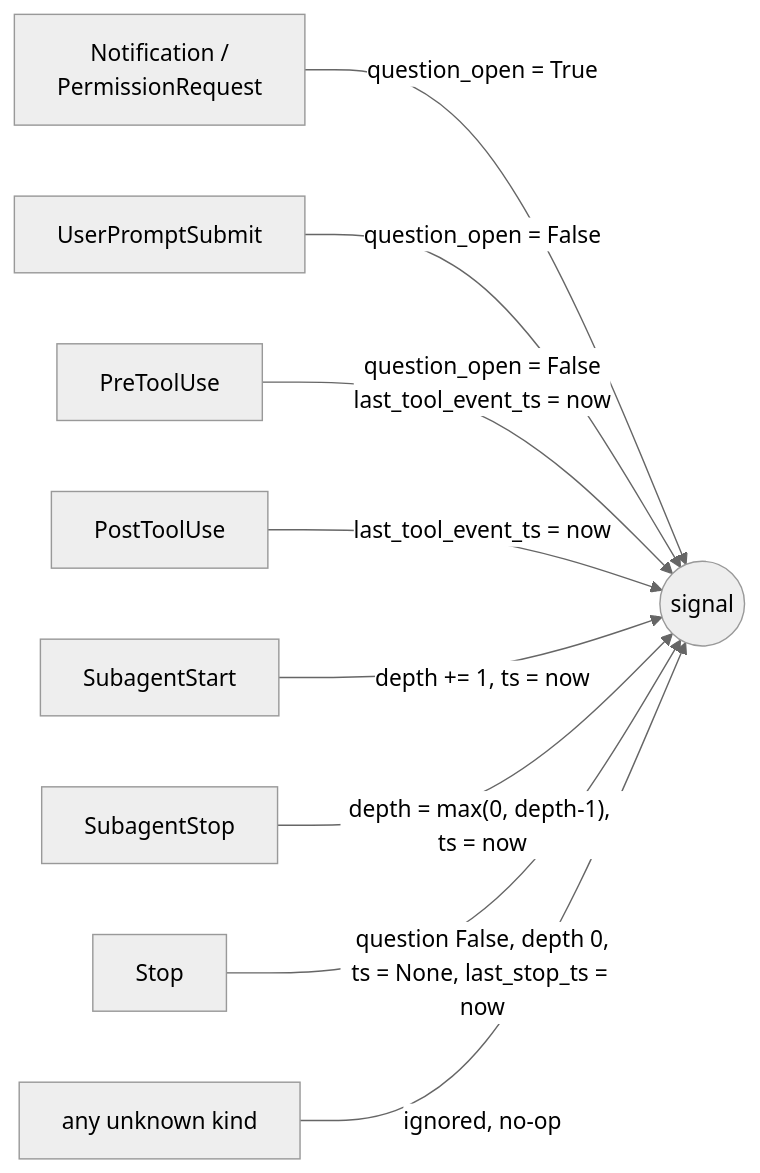
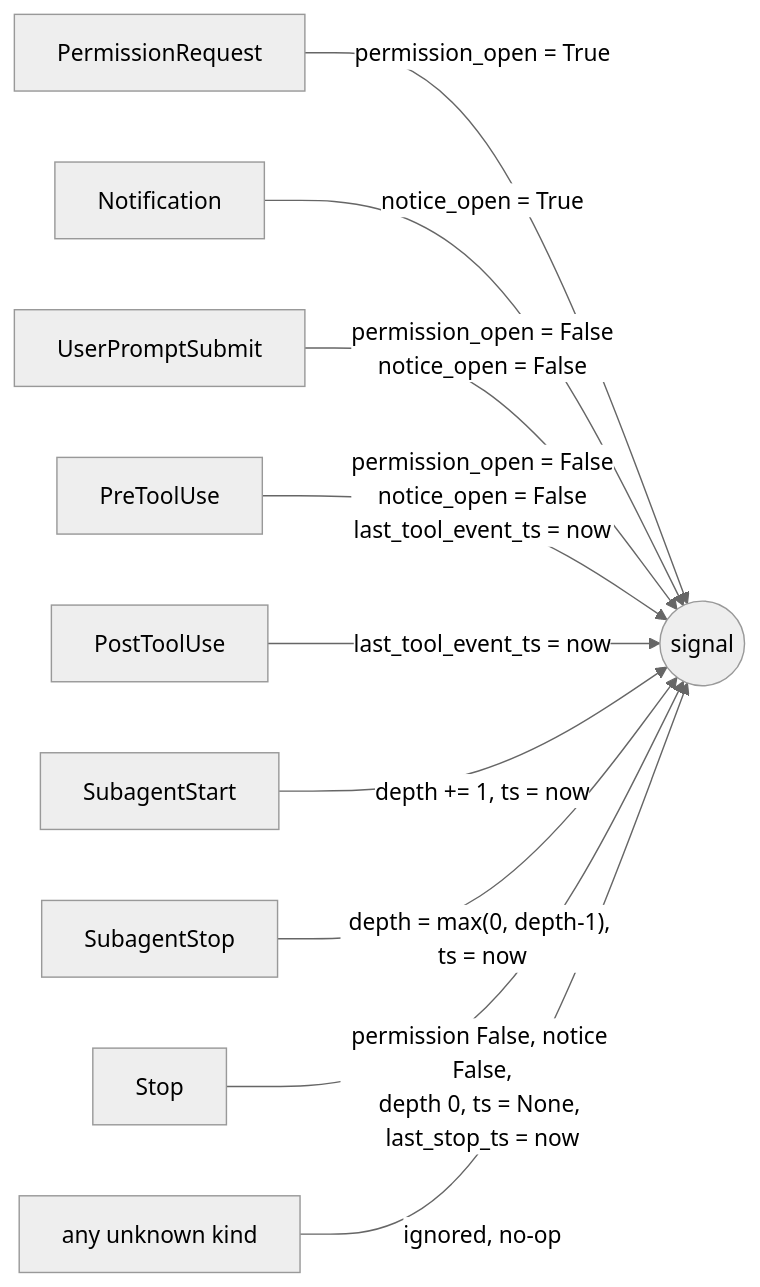
Before and after one commit to ccsliinc/CloudeCode: the third of 12 diagrams in docs/session-status-model.md, drawn with Mermaid (neutral theme). The commit also changed other lines of this file and 25 other files, not shown here.

````diff
--- a/docs/session-status-model.md
+++ b/docs/session-status-model.md
@@ -111,11 +119,12 @@
 ```mermaid
 flowchart LR
-    N["Notification /<br/>PermissionRequest"] -->|"question_open = True"| S(("signal"))
-    U["UserPromptSubmit"] -->|"question_open = False"| S
-    PRE["PreToolUse"] -->|"question_open = False<br/>last_tool_event_ts = now"| S
+    P["PermissionRequest"] -->|"permission_open = True"| S(("signal"))
+    N["Notification"] -->|"notice_open = True"| S
+    U["UserPromptSubmit"] -->|"permission_open = False<br/>notice_open = False"| S
+    PRE["PreToolUse"] -->|"permission_open = False<br/>notice_open = False<br/>last_tool_event_ts = now"| S
     POST["PostToolUse"] -->|"last_tool_event_ts = now"| S
     SS["SubagentStart"] -->|"depth += 1, ts = now"| S
     SE["SubagentStop"] -->|"depth = max(0, depth-1), ts = now"| S
-    ST["Stop"] -->|"question False, depth 0,<br/>ts = None, last_stop_ts = now"| S
+    ST["Stop"] -->|"permission False, notice False,<br/>depth 0, ts = None, last_stop_ts = now"| S
     X["any unknown kind"] -->|"ignored, no-op"| S
 ```
````
